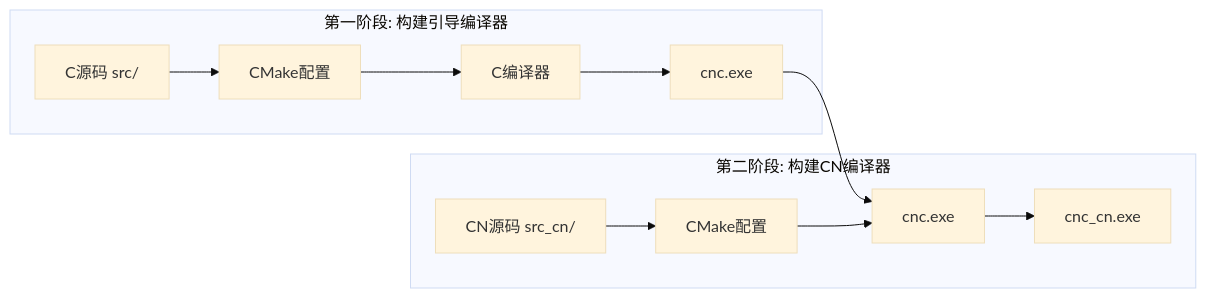
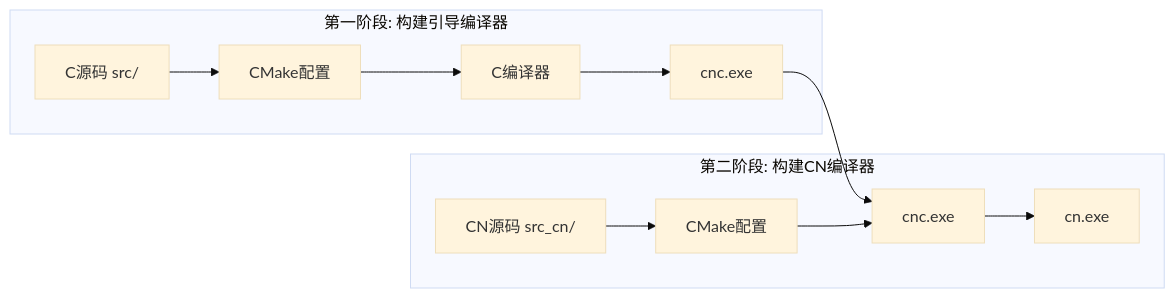
The fifth of 10 diagrams in plans/014 CN语言自托管编译器技术设计文档.md (ChenChao-HuaiAn/CN_Language), drawn with Mermaid (base theme) before and after one commit. The commit also changed other lines of this file and 11 other files, not shown here.

````diff
--- a/plans/014 CN语言自托管编译器技术设计文档.md
+++ b/plans/014 CN语言自托管编译器技术设计文档.md
@@ -676,24 +701,24 @@
 ```mermaid
 flowchart LR
     subgraph 第一阶段[第一阶段: 构建引导编译器]
         A1[C源码 src/]
         A2[CMake配置]
         A3[C编译器]
         A4[cnc.exe]
     end
     
     subgraph 第二阶段[第二阶段: 构建CN编译器]
         B1[CN源码 src_cn/]
         B2[CMake配置]
         B3[cnc.exe]
-        B4[cnc_cn.exe]
+        B4[cn.exe]
     end
     
     A1 --> A2
     A2 --> A3
     A3 --> A4
     A4 --> B3
     B1 --> B2
     B2 --> B3
     B3 --> B4
 ```
````
